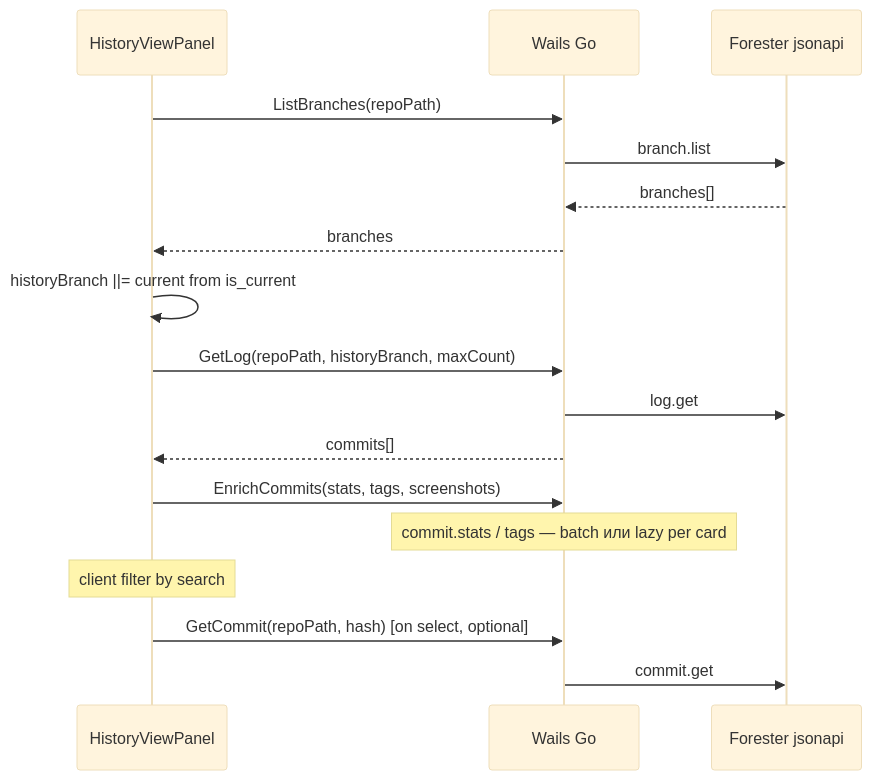
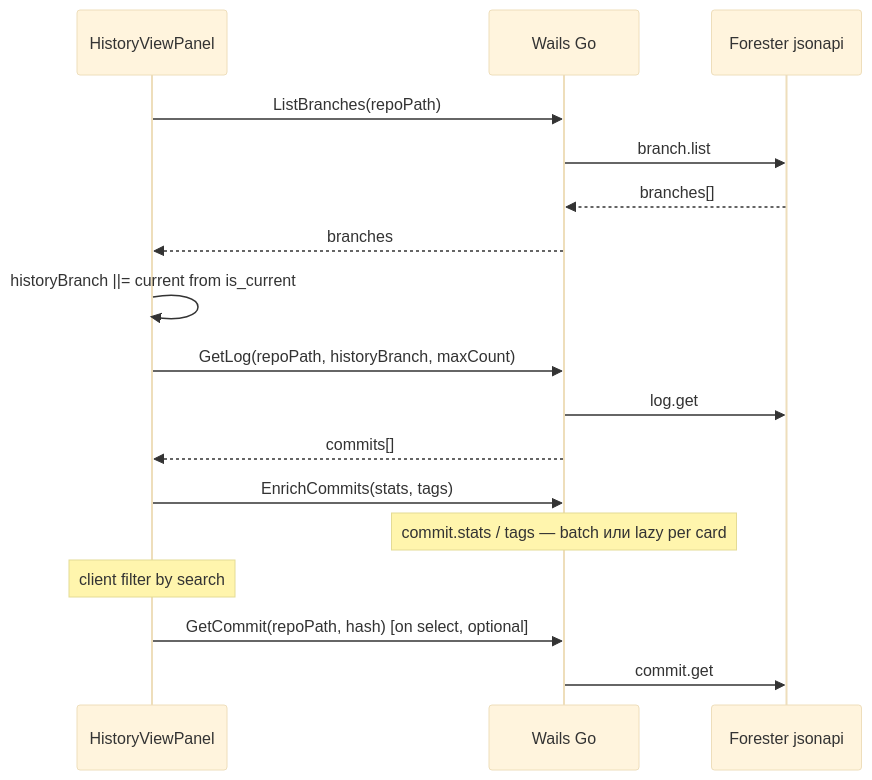
One commit to DSLitvinov/difference-machine changed the second of 2 diagrams in .cursor/interface/sidebar-history-view.md. Above: the diagram before and after it, drawn with Mermaid (base theme). The commit also changed other lines of this file and 13 other files, not shown here.

````diff
--- a/.cursor/interface/sidebar-history-view.md
+++ b/.cursor/interface/sidebar-history-view.md
@@ -181,25 +181,25 @@
 ```mermaid
 sequenceDiagram
   participant UI as HistoryViewPanel
   participant W as Wails Go
   participant F as Forester jsonapi
 
   UI->>W: ListBranches(repoPath)
   W->>F: branch.list
   F-->>W: branches[]
   W-->>UI: branches
 
   UI->>UI: historyBranch ||= current from is_current
 
   UI->>W: GetLog(repoPath, historyBranch, maxCount)
   W->>F: log.get
   W-->>UI: commits[]
 
-  UI->>W: EnrichCommits(stats, tags, screenshots)
+  UI->>W: EnrichCommits(stats, tags)
   Note over W: commit.stats / tags — batch или lazy per card
 
   Note over UI: client filter by search
 
   UI->>W: GetCommit(repoPath, hash) [on select, optional]
   W->>F: commit.get
 ```
````
